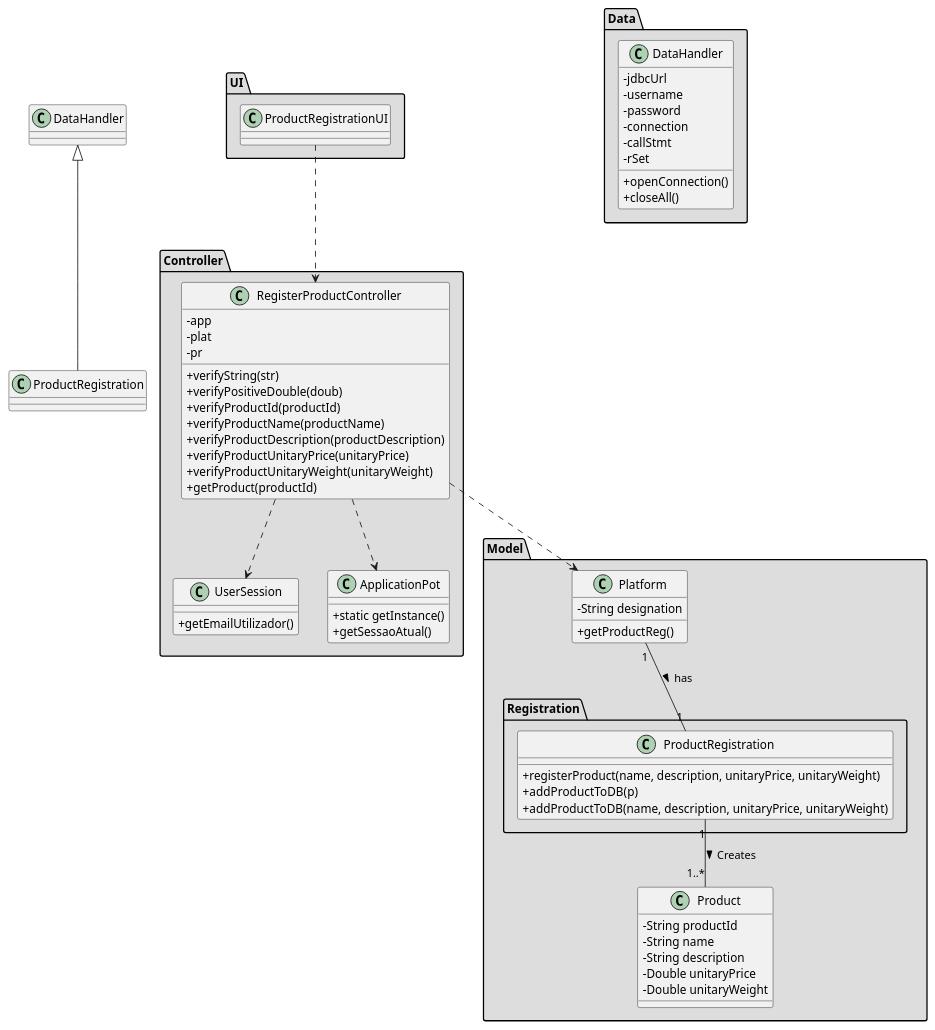
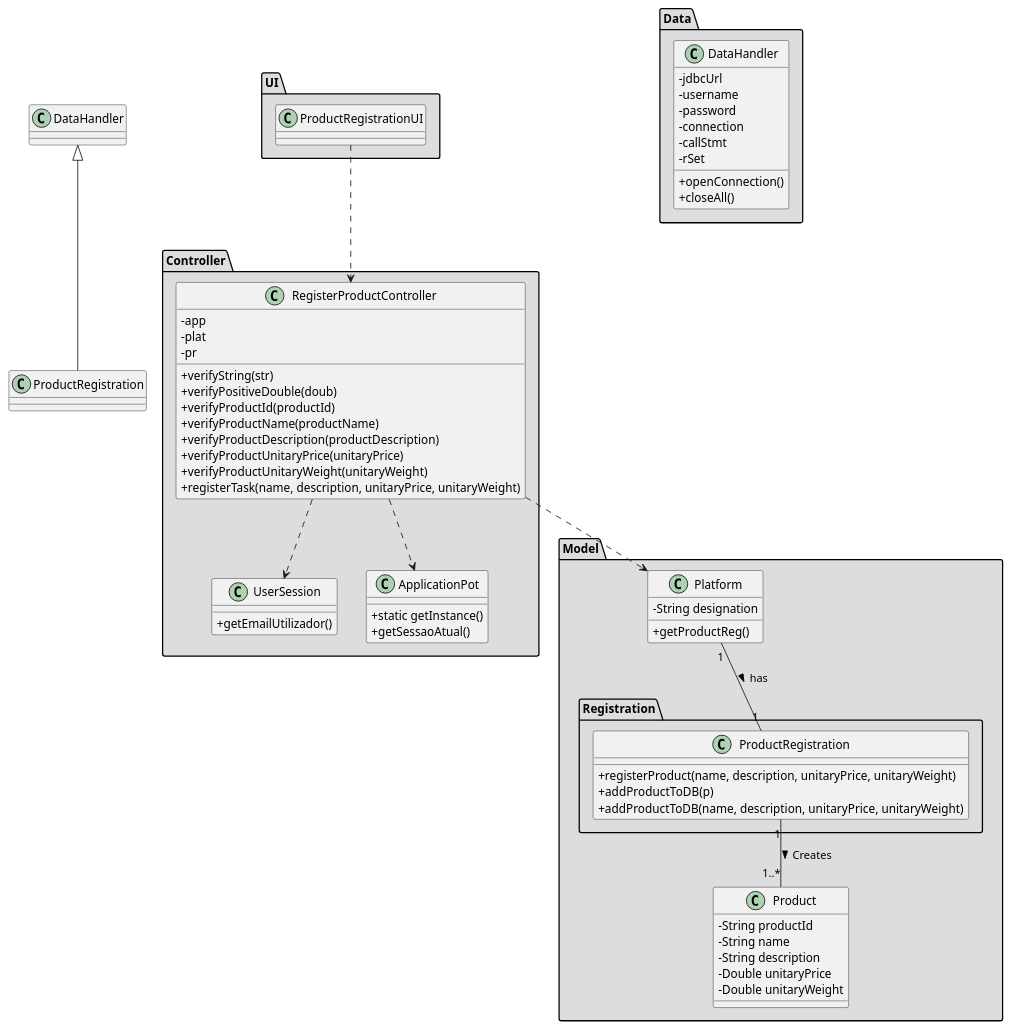
One commit to tiagoavcosta25/LAPR3 changed the diagram in docs/Iteration 1/Product Management/US73_ProductInformation/US73_CD.puml. Above: the diagram before and after it, drawn with PlantUML. The commit also changed 1 other file, not shown here.

Commit message:
LAPR2AP2-70 #close Product Registration [Review]

```diff
--- a/docs/Iteration 1/Product Management/US73_ProductInformation/US73_CD.puml
+++ b/docs/Iteration 1/Product Management/US73_ProductInformation/US73_CD.puml
@@ -1,78 +1,78 @@
 @startuml
 skinparam classAttributeIconSize 0
 package "UI" #DDDDDD {
     class ProductRegistrationUI{
     }
 }
 
 package "Controller" #DDDDDD {
     class RegisterProductController{
         -app
         -plat
         -pr
         +verifyString(str)
         +verifyPositiveDouble(doub)
         +verifyProductId(productId)
         +verifyProductName(productName)
         +verifyProductDescription(productDescription)
         +verifyProductUnitaryPrice(unitaryPrice)
         +verifyProductUnitaryWeight(unitaryWeight)
-        +getProduct(productId)
+        +registerTask(name, description, unitaryPrice, unitaryWeight)
     }
 
     class UserSession {
         +getEmailUtilizador()
     }
 
     class ApplicationPot {
         +static getInstance()
         +getSessaoAtual()
     }
 }
 
 package "Model" #DDDDDD {
     class Platform {
         -String designation
         +getProductReg()
     }
 
     class Product{
         -String productId
         -String name
         -String description
         -Double unitaryPrice
         -Double unitaryWeight
     }
 
     package "Registration" #DDDDDD {
         class ProductRegistration{
             +registerProduct(name, description, unitaryPrice, unitaryWeight)
             +addProductToDB(p)
             +addProductToDB(name, description, unitaryPrice, unitaryWeight)
         }
     }
 }
 
 
 package "Data" #DDDDDD {
     class DataHandler{
         -jdbcUrl
         -username
         -password
         -connection
         -callStmt
         -rSet
         +openConnection()
         +closeAll()
     }
 }
 
 
 ProductRegistrationUI ..> RegisterProductController
 RegisterProductController ..> Platform
 RegisterProductController ..> ApplicationPot
 RegisterProductController ..> UserSession
 Platform "1" -- "1" ProductRegistration: has >
 ProductRegistration "1" -- "1..*" Product: Creates >
 class ProductRegistration extends DataHandler
 @enduml
```
